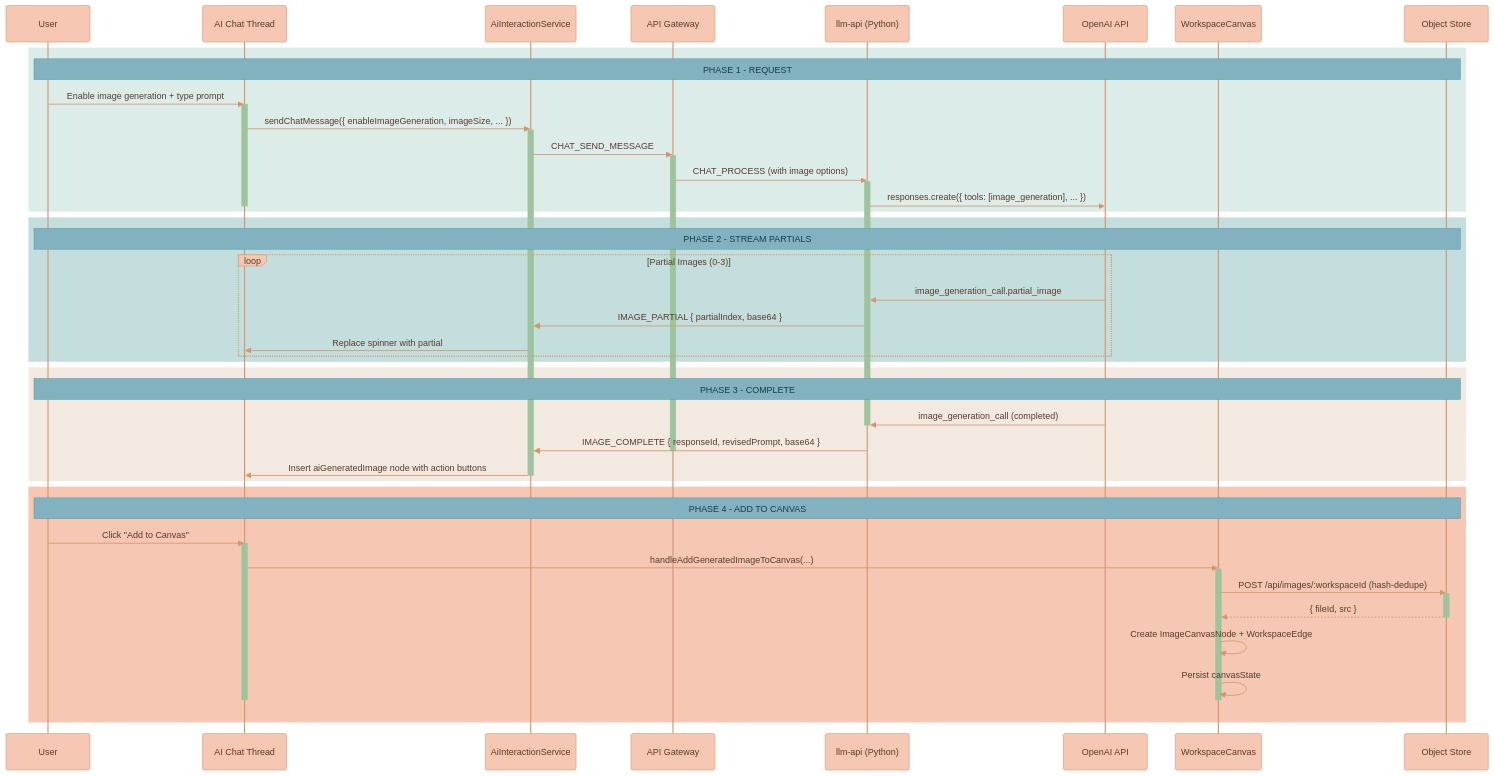
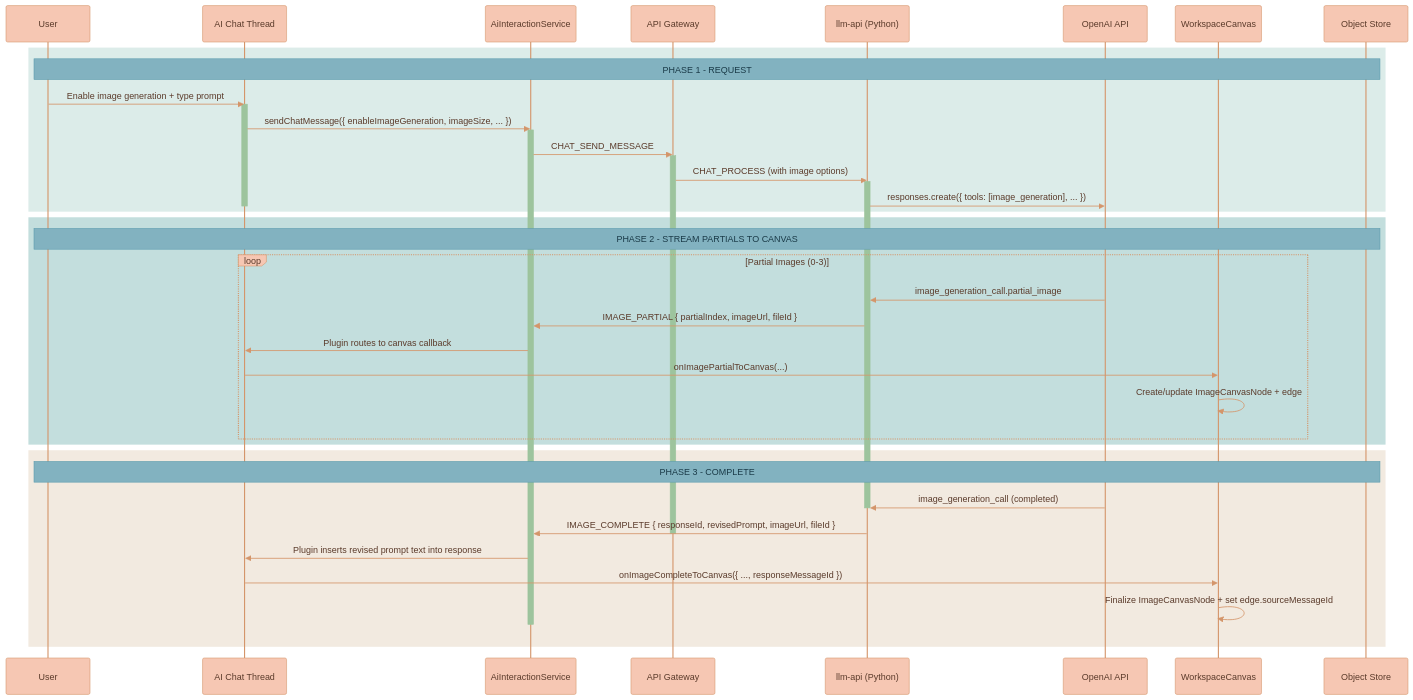
One commit to Lixpi/lixpi changed diagram 17 of 17 in documentation/features/WORKSPACE-FEATURE.md. Above: the diagram before and after it, drawn with Mermaid. The commit also changed other lines of this file and 11 other files, not shown here.

Commit message:
LIX-43 # move AI gen images from ai chat to canvas

````diff
--- a/documentation/features/WORKSPACE-FEATURE.md
+++ b/documentation/features/WORKSPACE-FEATURE.md
@@ -1042,72 +1055,57 @@
 ```mermaid
 %%{init: {'theme': 'base', 'themeVariables': { 'noteBkgColor': '#82B2C0', 'noteTextColor': '#1a3a47', 'noteBorderColor': '#5a9aad', 'actorBkg': '#F6C7B3', 'actorBorder': '#d4956a', 'actorTextColor': '#5a3a2a', 'actorLineColor': '#d4956a', 'signalColor': '#d4956a', 'signalTextColor': '#5a3a2a', 'labelBoxBkgColor': '#F6C7B3', 'labelBoxBorderColor': '#d4956a', 'labelTextColor': '#5a3a2a', 'loopTextColor': '#5a3a2a', 'activationBorderColor': '#9DC49D', 'activationBkgColor': '#9DC49D', 'sequenceNumberColor': '#5a3a2a'}}}%%
 sequenceDiagram
     participant User
     participant Thread as AI Chat Thread
     participant AIS as AiInteractionService
     participant API as API Gateway
     participant LLM as llm-api (Python)
     participant OpenAI as OpenAI API
     participant Canvas as WorkspaceCanvas
     participant Storage as Object Store
     %% ═══════════════════════════════════════════════════════════════
     %% PHASE 1: REQUEST
     %% ═══════════════════════════════════════════════════════════════
     rect rgb(220, 236, 233)
         Note over User, Storage: PHASE 1 - REQUEST
         User->>Thread: Enable image generation + type prompt
         activate Thread
         Thread->>AIS: sendChatMessage({ enableImageGeneration, imageSize, ... })
         activate AIS
         AIS->>API: CHAT_SEND_MESSAGE
         activate API
         API->>LLM: CHAT_PROCESS (with image options)
         activate LLM
         LLM->>OpenAI: responses.create({ tools: [image_generation], ... })
         deactivate Thread
     end
 
     %% ═══════════════════════════════════════════════════════════════
-    %% PHASE 2: STREAM PARTIALS
+    %% PHASE 2: STREAM PARTIALS → CANVAS
     %% ═══════════════════════════════════════════════════════════════
     rect rgb(195, 222, 221)
-        Note over User, Storage: PHASE 2 - STREAM PARTIALS
+        Note over User, Storage: PHASE 2 - STREAM PARTIALS TO CANVAS
         loop Partial Images (0-3)
             OpenAI->>LLM: image_generation_call.partial_image
-            LLM->>AIS: IMAGE_PARTIAL { partialIndex, base64 }
-            AIS->>Thread: Replace spinner with partial
+            LLM->>AIS: IMAGE_PARTIAL { partialIndex, imageUrl, fileId }
+            AIS->>Thread: Plugin routes to canvas callback
+            Thread->>Canvas: onImagePartialToCanvas(...)
+            Canvas->>Canvas: Create/update ImageCanvasNode + edge
         end
     end
 
     %% ═══════════════════════════════════════════════════════════════
-    %% PHASE 3: COMPLETE
+    %% PHASE 3: COMPLETE → CANVAS + REVISED PROMPT IN CHAT
     %% ═══════════════════════════════════════════════════════════════
     rect rgb(242, 234, 224)
         Note over User, Storage: PHASE 3 - COMPLETE
         OpenAI->>LLM: image_generation_call (completed)
         deactivate LLM
-        LLM->>AIS: IMAGE_COMPLETE { responseId, revisedPrompt, base64 }
+        LLM->>AIS: IMAGE_COMPLETE { responseId, revisedPrompt, imageUrl, fileId }
         deactivate API
-        AIS->>Thread: Insert aiGeneratedImage node with action buttons
+        AIS->>Thread: Plugin inserts revised prompt text into response
+        Thread->>Canvas: onImageCompleteToCanvas({ ..., responseMessageId })
+        Canvas->>Canvas: Finalize ImageCanvasNode + set edge.sourceMessageId
         deactivate AIS
     end
-
-    %% ═══════════════════════════════════════════════════════════════
-    %% PHASE 4: ADD TO CANVAS
-    %% ═══════════════════════════════════════════════════════════════
-    rect rgb(246, 199, 179)
-        Note over User, Storage: PHASE 4 - ADD TO CANVAS
-        User->>Thread: Click "Add to Canvas"
-        activate Thread
-        Thread->>Canvas: handleAddGeneratedImageToCanvas(...)
-        activate Canvas
-        Canvas->>Storage: POST /api/images/:workspaceId (hash-dedupe)
-        activate Storage
-        Storage-->>Canvas: { fileId, src }
-        deactivate Storage
-        Canvas->>Canvas: Create ImageCanvasNode + WorkspaceEdge
-        Canvas->>Canvas: Persist canvasState
-        deactivate Canvas
-        deactivate Thread
-    end
 ```
````
